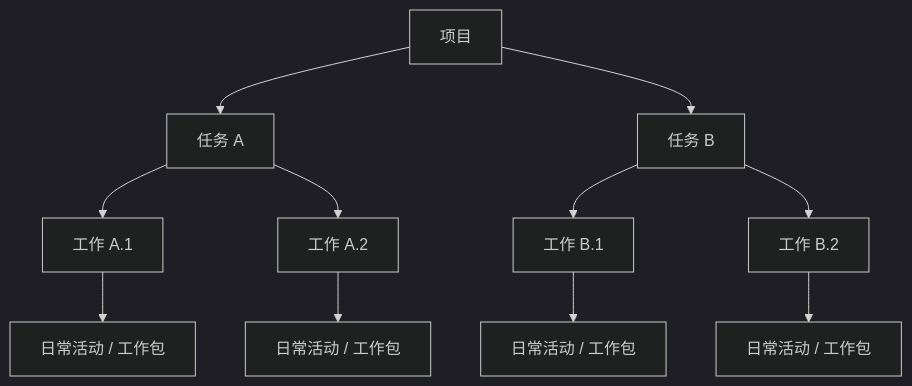
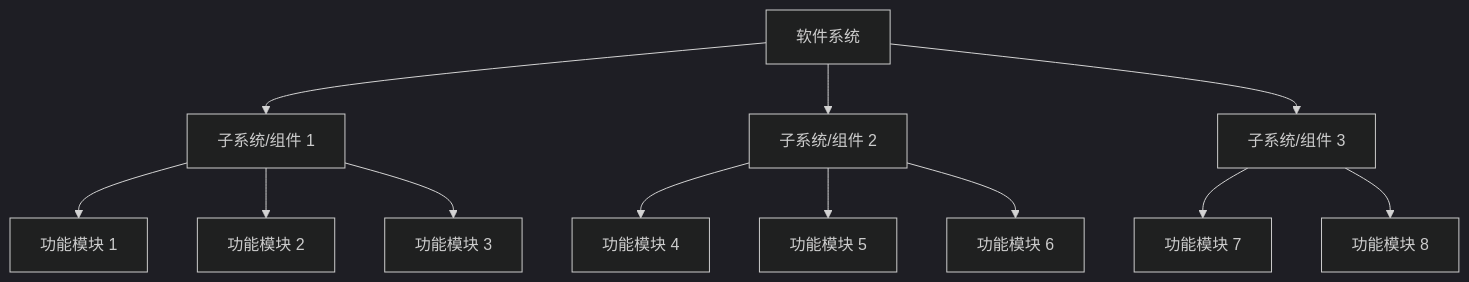
One commit to YoungHong1992/ruankao-senior-architecture-designer changed the seventh of 7 diagrams in 01.系统架构设计师教材-清洗版/第05章-软件工程基础知识.md. Above: the diagram before and after it, drawn with Mermaid (dark theme). The commit also changed other lines of this file and 16 other files, not shown here.

````diff
--- a/01.系统架构设计师教材-清洗版/第05章-软件工程基础知识.md
+++ b/01.系统架构设计师教材-清洗版/第05章-软件工程基础知识.md
@@ -1165,14 +1165,26 @@
 ```mermaid
 flowchart TB
-    Project["项目"]
-    Project --> T1["任务 A"]
-    Project --> T2["任务 B"]
-    T1 --> W11["工作 A.1"]
-    T1 --> W12["工作 A.2"]
-    T2 --> W21["工作 B.1"]
-    T2 --> W22["工作 B.2"]
-    W11 --> A111["日常活动 / 工作包"]
-    W12 --> A121["日常活动 / 工作包"]
-    W21 --> A211["日常活动 / 工作包"]
-    W22 --> A221["日常活动 / 工作包"]
+    SYS["软件系统"]
+    SUB1["子系统/组件 1"]
+    SUB2["子系统/组件 2"]
+    SUB3["子系统/组件 3"]
+    M1["功能模块 1"]
+    M2["功能模块 2"]
+    M3["功能模块 3"]
+    M4["功能模块 4"]
+    M5["功能模块 5"]
+    M6["功能模块 6"]
+    M7["功能模块 7"]
+    M8["功能模块 8"]
+    SYS --> SUB1
+    SYS --> SUB2
+    SYS --> SUB3
+    SUB1 --> M1
+    SUB1 --> M2
+    SUB1 --> M3
+    SUB2 --> M4
+    SUB2 --> M5
+    SUB2 --> M6
+    SUB3 --> M7
+    SUB3 --> M8
 ```
````
